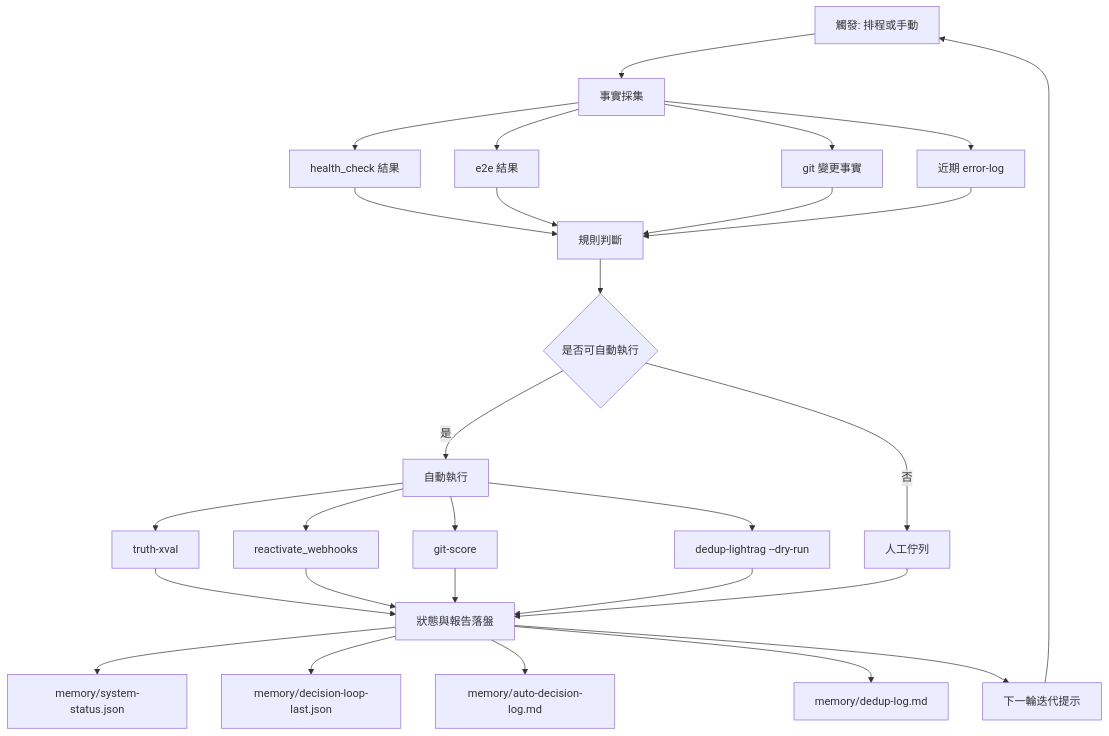
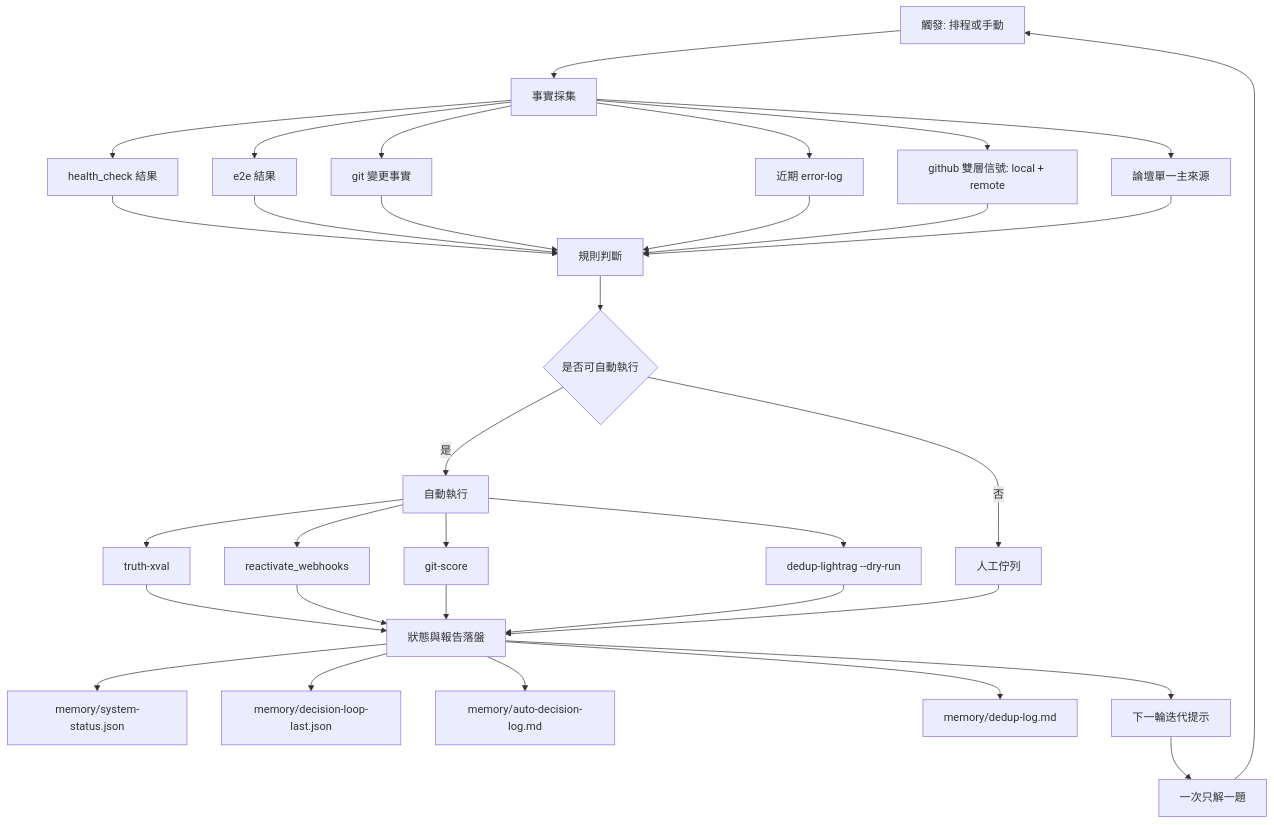
Before and after one commit to RYN6666999/meta-agent: the diagram in docs/project-execution-flow-engineering-zh.mmd, drawn with Mermaid. The commit also changed 13 other files, not shown here.

```diff
--- a/docs/project-execution-flow-engineering-zh.mmd
+++ b/docs/project-execution-flow-engineering-zh.mmd
@@ -1,40 +1,46 @@
 flowchart TD
     T[觸發: 排程或手動]
     F[事實採集]
     R[規則判斷]
     D{是否可自動執行}
+    O[一次只解一題]
 
     T --> F
     F --> H[health_check 結果]
     F --> E[e2e 結果]
     F --> G[git 變更事實]
     F --> L[近期 error-log]
+    F --> GH[github 雙層信號: local + remote]
+    F --> FO[論壇單一主來源]
 
     H --> R
     E --> R
     G --> R
     L --> R
+    GH --> R
+    FO --> R
 
     R --> D
 
     D -- 是 --> A[自動執行]
     D -- 否 --> M[人工佇列]
 
     A --> A1[truth-xval]
     A --> A2[reactivate_webhooks]
     A --> A3[git-score]
     A --> A4[dedup-lightrag --dry-run]
 
     A1 --> S[狀態與報告落盤]
     A2 --> S
     A3 --> S
     A4 --> S
     M --> S
 
     S --> S1[memory/system-status.json]
     S --> S2[memory/decision-loop-last.json]
     S --> S3[memory/auto-decision-log.md]
     S --> S4[memory/dedup-log.md]
 
     S --> I[下一輪迭代提示]
-    I --> T
+    I --> O
+    O --> T
```
